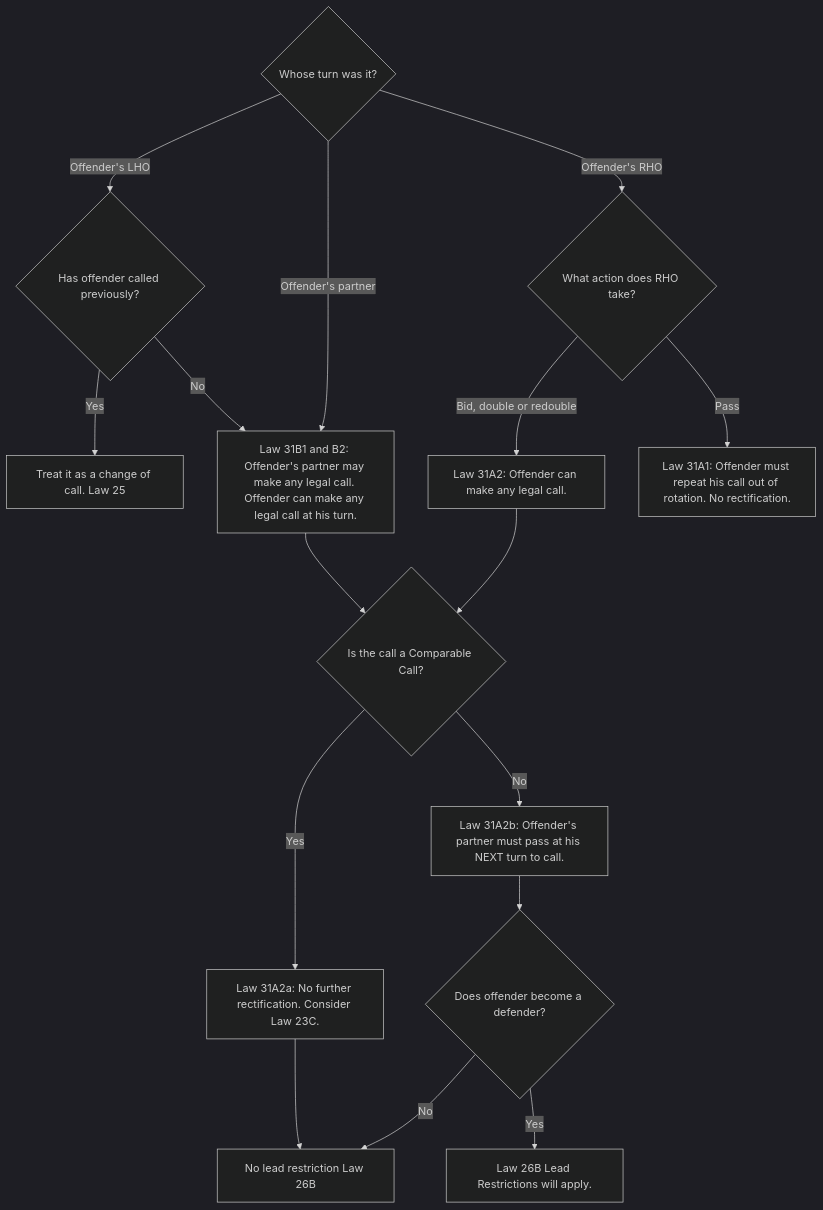
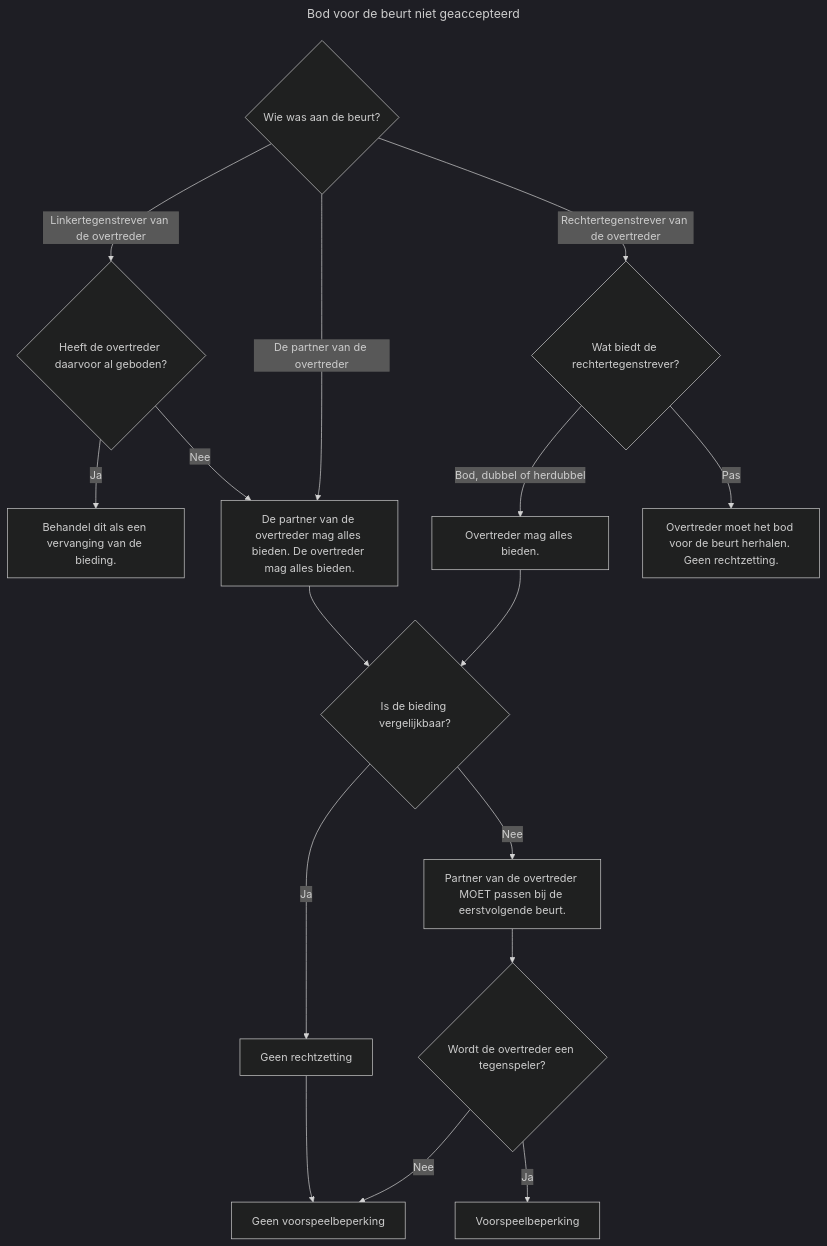
One commit to tcorneli/CTL-instructies changed the diagram in bod-voor-de-beurt-niet-geaccepteerd.md. Above: the diagram before and after it, drawn with Mermaid (dark theme).

Commit message:
Translate flowchart text to Dutch

````diff
--- a/bod-voor-de-beurt-niet-geaccepteerd.md
+++ b/bod-voor-de-beurt-niet-geaccepteerd.md
@@ -1,19 +1,22 @@
 ```mermaid
+---
+title: Bod voor de beurt niet geaccepteerd
+---
 graph TD
-    A{Whose turn was it?}
-    A -->|Offender's LHO| B{Has offender called previously?}
-    B -->|Yes| C[Treat it as a change of call. Law 25]
-    B -->|No| D[Law 31B1 and B2: Offender's partner may make any legal call. Offender can make any legal call at his turn.]
-    A -->|Offender's partner| D
-    A -->|Offender's RHO| E{What action does RHO take?}
-    E -->|Bid, double or redouble| F[Law 31A2: Offender can make any legal call.]
-    E -->|Pass| G[Law 31A1: Offender must repeat his call out of rotation. No rectification.]
-    D --> H{Is the call a Comparable Call?}
+    A{Wie was aan de beurt?}
+    A -->|Linkertegenstrever van de overtreder| B{Heeft de overtreder daarvoor al geboden?}
+    B -->|Ja| C[Behandel dit als een vervanging van de bieding.]
+    B -->|Nee| D[De partner van de overtreder mag alles bieden. De overtreder mag alles bieden.]
+    A -->|De partner van de overtreder| D
+    A -->|Rechtertegenstrever van de overtreder| E{Wat biedt de rechtertegenstrever?}
+    E -->|Bod, dubbel of herdubbel| F[Overtreder mag alles bieden.]
+    E -->|Pas| G[Overtreder moet het bod voor de beurt herhalen. Geen rechtzetting.]
+    D --> H{Is de bieding vergelijkbaar?}
     F --> H
-    H -->|Yes| I[Law 31A2a: No further rectification. Consider Law 23C.]
-    I --> K[No lead restriction Law 26B]
-    H -->|No| J[Law 31A2b: Offender's partner must pass at his NEXT turn to call.]
-    J --> L{Does offender become a defender?}
-    L -->|No| K
-    L -->|Yes| M[Law 26B Lead Restrictions will apply.]
+    H -->|Ja| I[Geen rechtzetting]
+    I --> K[Geen voorspeelbeperking]
+    H -->|Nee| J[Partner van de overtreder MOET passen bij de eerstvolgende beurt.]
+    J --> L{Wordt de overtreder een tegenspeler?}
+    L -->|Nee| K
+    L -->|Ja| M[Voorspeelbeperking]
 ```
````
